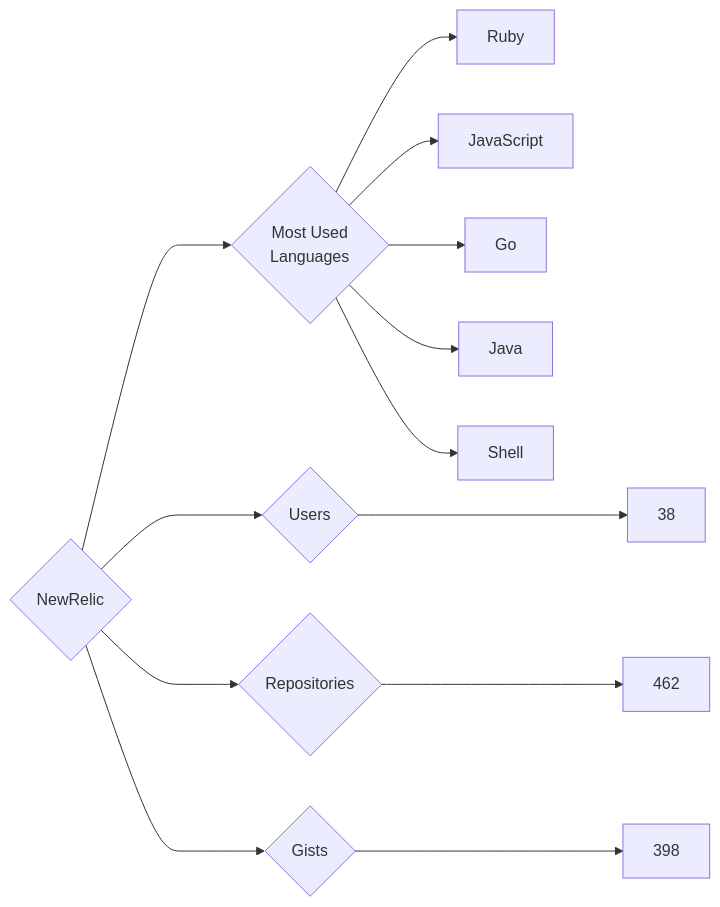
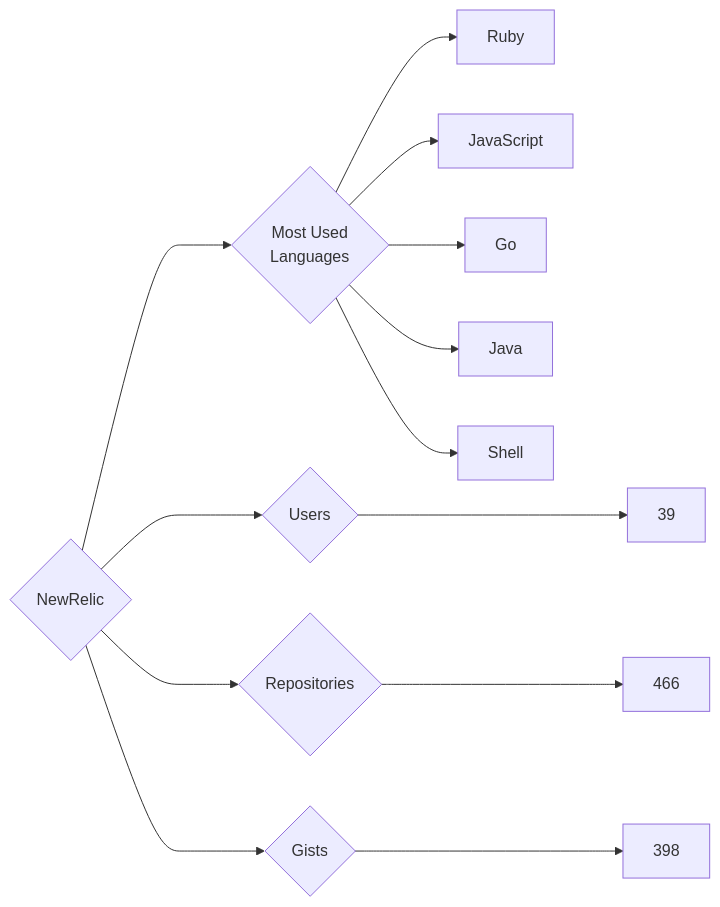
Before and after one commit to trickest/insiders: the diagram in targets/NewRelic/README.md, drawn with Mermaid. The commit also changed 815 other files, not shown here.

````diff
--- a/targets/NewRelic/README.md
+++ b/targets/NewRelic/README.md
@@ -3,13 +3,13 @@
 ```mermaid
 graph LR
 COMPANY_NAME{NewRelic}
-COMPANY_NAME ---> U{Users} ---> UN[38]
-COMPANY_NAME ---> R{Repositories} ---> RN[462]
+COMPANY_NAME ---> U{Users} ---> UN[39]
+COMPANY_NAME ---> R{Repositories} ---> RN[466]
 COMPANY_NAME ---> G{Gists} ---> GN[398]
 COMPANY_NAME ---> ML{Most Used<br>Languages}
 ML --> Ruby[Ruby]
 ML --> JavaScript[JavaScript]
 ML --> Go[Go]
 ML --> Java[Java]
 ML --> Shell[Shell]
 ```
````
